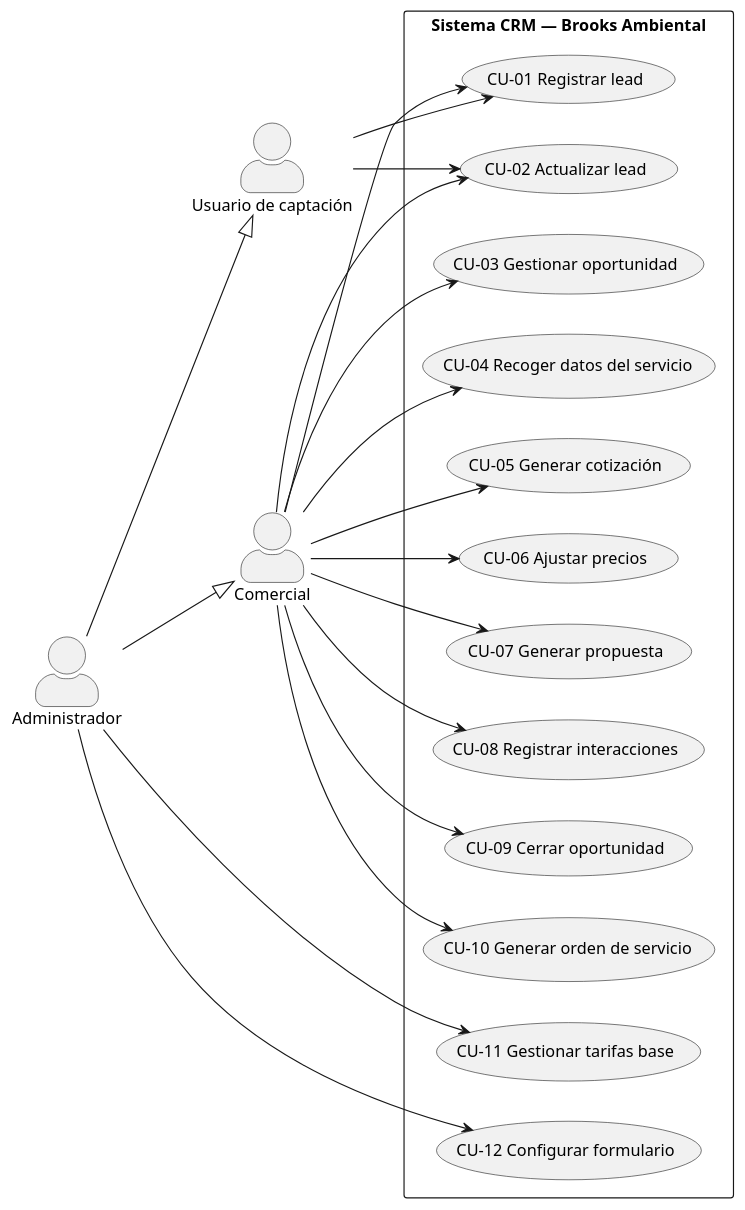
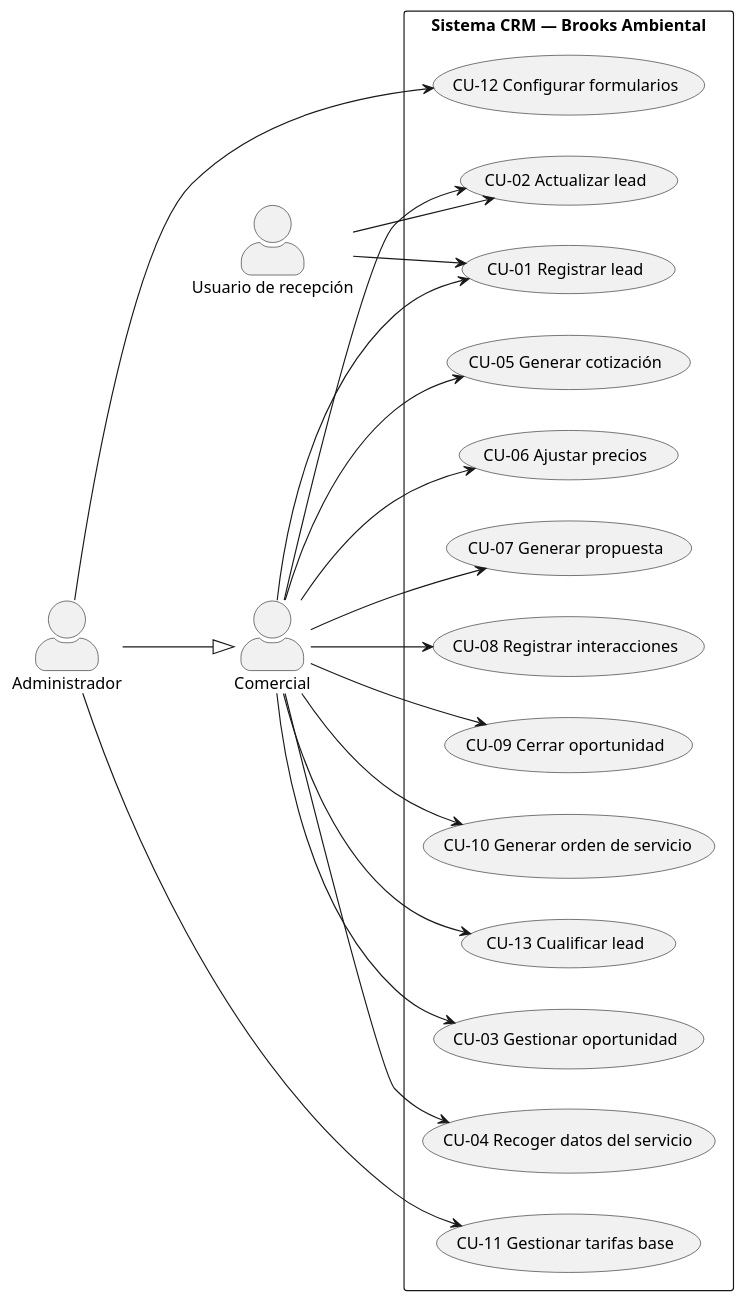
Before and after one commit to BrendaLopes/TFG-CRM-BROOKS: the diagram in docs/diagramas/casos_de_uso/casos_de_uso.puml, drawn with PlantUML. The commit also changed 10 other files, not shown here.

```diff
--- a/docs/diagramas/casos_de_uso/casos_de_uso.puml
+++ b/docs/diagramas/casos_de_uso/casos_de_uso.puml
@@ -1,44 +1,46 @@
 @startuml
 skinparam shadowing false
 skinparam actorStyle awesome
 left to right direction
 
-actor "Usuario de captación" as Captacion
+actor "Usuario de recepción" as Recepcion
 actor "Comercial" as Comercial
 actor "Administrador" as Admin
 
 rectangle "Sistema CRM — Brooks Ambiental" {
   usecase "CU-01 Registrar lead" as CU01
   usecase "CU-02 Actualizar lead" as CU02
+  usecase "CU-13 Cualificar lead" as CU13
   usecase "CU-03 Gestionar oportunidad" as CU03
   usecase "CU-04 Recoger datos del servicio" as CU04
   usecase "CU-05 Generar cotización" as CU05
   usecase "CU-06 Ajustar precios" as CU06
   usecase "CU-07 Generar propuesta" as CU07
   usecase "CU-08 Registrar interacciones" as CU08
   usecase "CU-09 Cerrar oportunidad" as CU09
   usecase "CU-10 Generar orden de servicio" as CU10
   usecase "CU-11 Gestionar tarifas base" as CU11
-  usecase "CU-12 Configurar formulario" as CU12
+  usecase "CU-12 Configurar formularios" as CU12
 }
 
-Captacion --> CU01
-Captacion --> CU02
+Recepcion --> CU01
+Recepcion --> CU02
 
 Comercial --> CU01
 Comercial --> CU02
+Comercial --> CU13
 Comercial --> CU03
 Comercial --> CU04
 Comercial --> CU05
 Comercial --> CU06
 Comercial --> CU07
 Comercial --> CU08
 Comercial --> CU09
 Comercial --> CU10
 
 Admin --> CU11
 Admin --> CU12
 
 Admin --|> Comercial
-Admin --|> Captacion
+
 @enduml
```
